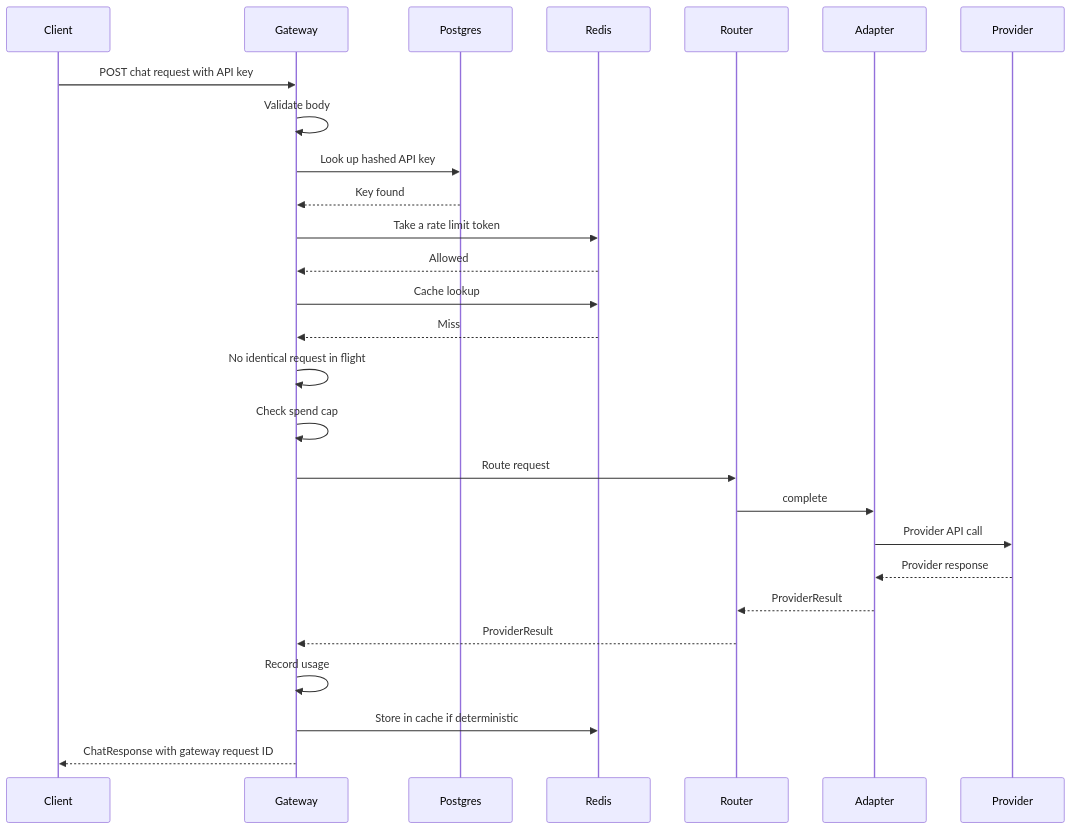
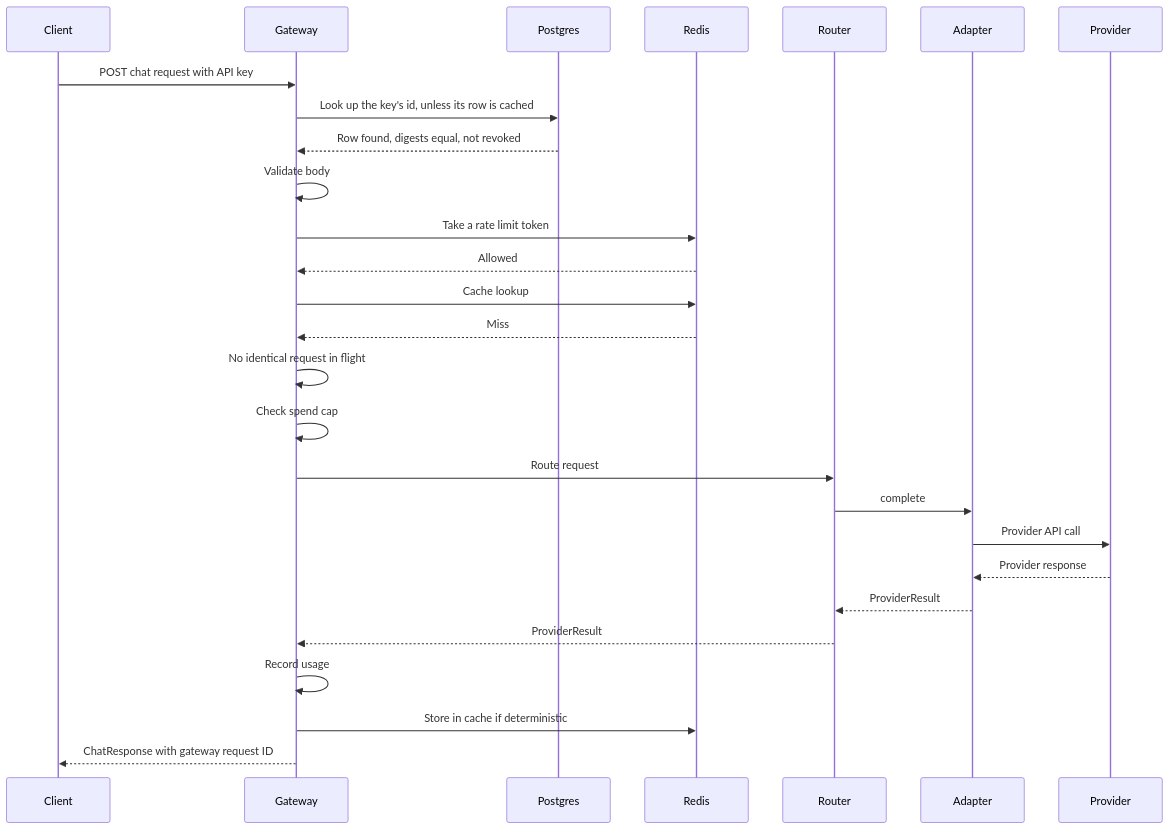
One commit to Jasmeet-011/LLMGateway changed the sixth of 6 diagrams in FLOW.md. Above: the diagram before and after it, drawn with Mermaid. The commit also changed other lines of this file and 3 other files, not shown here.

First line of the commit message:
docs: M14 spec, hashed API keys in Postgres (D-085 to D-094)

````diff
--- a/FLOW.md
+++ b/FLOW.md
@@ -212,29 +215,29 @@
 ```mermaid
 sequenceDiagram
     participant C as Client
     participant G as Gateway
     participant P as Postgres
     participant R as Redis
     participant RT as Router
     participant A as Adapter
     participant LLM as Provider
     C->>G: POST chat request with API key
+    G->>P: Look up the key's id, unless its row is cached
+    P-->>G: Row found, digests equal, not revoked
     G->>G: Validate body
-    G->>P: Look up hashed API key
-    P-->>G: Key found
     G->>R: Take a rate limit token
     R-->>G: Allowed
     G->>R: Cache lookup
     R-->>G: Miss
     G->>G: No identical request in flight
     G->>G: Check spend cap
     G->>RT: Route request
     RT->>A: complete
     A->>LLM: Provider API call
     LLM-->>A: Provider response
     A-->>RT: ProviderResult
     RT-->>G: ProviderResult
     G->>G: Record usage
     G->>R: Store in cache if deterministic
     G-->>C: ChatResponse with gateway request ID
 ```
````
